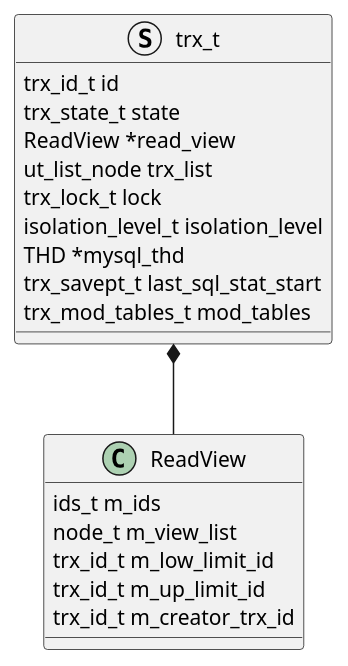
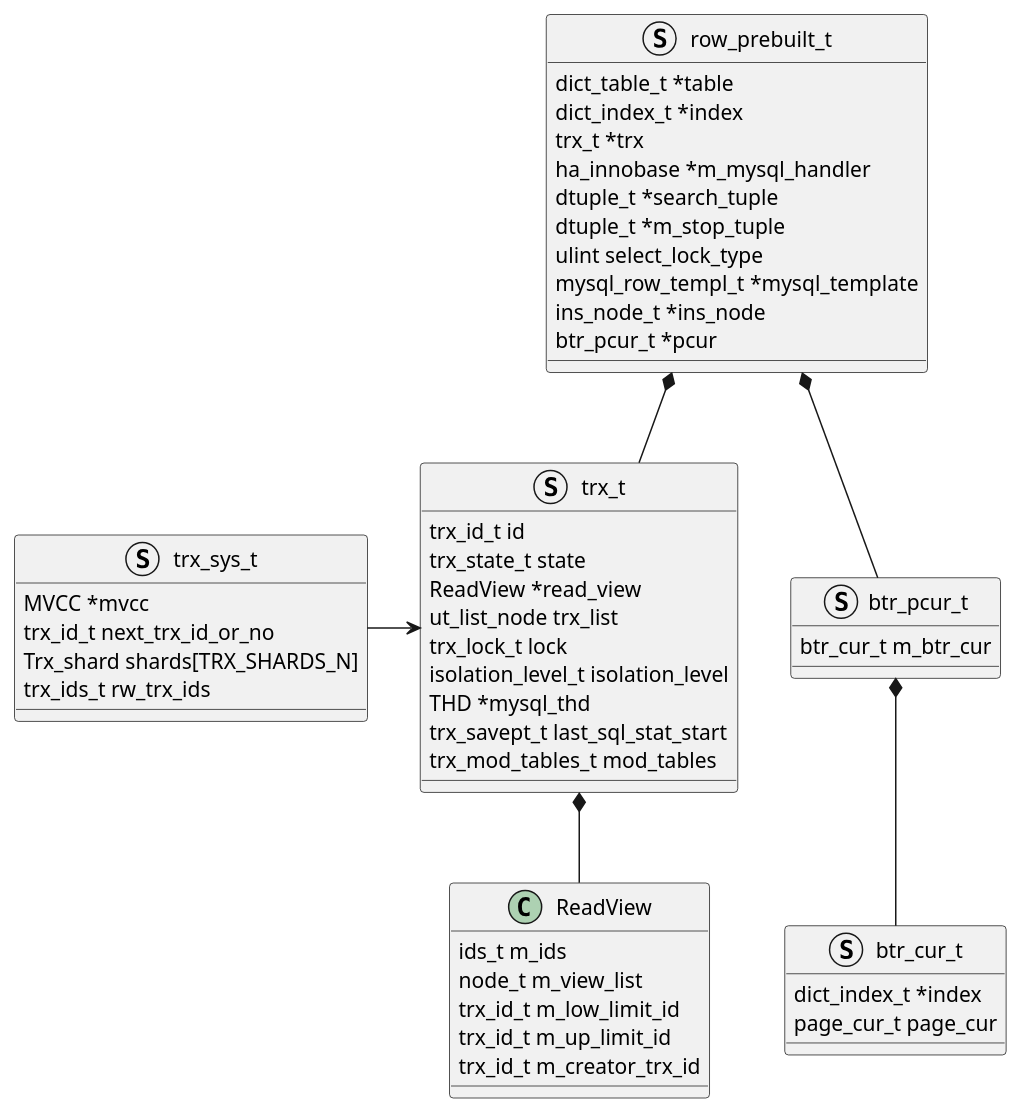
The third of 3 diagrams in content/post/data/db/mysql/innodb/index.md (kevinwang930/kevinwang930.github.io), drawn with PlantUML before and after one commit. The commit also changed other lines of this file and 2 other files, not shown here.

````diff
--- a/content/post/data/db/mysql/innodb/index.md
+++ b/content/post/data/db/mysql/innodb/index.md
@@ -295,26 +317,60 @@
 ```plantuml
 struct trx_t {
   trx_id_t id
   trx_state_t state
   ReadView *read_view
   ut_list_node trx_list
   trx_lock_t lock
   isolation_level_t isolation_level
   THD *mysql_thd
   trx_savept_t last_sql_stat_start
   trx_mod_tables_t mod_tables
 }
 
 class ReadView {
   ids_t m_ids
   node_t m_view_list
   trx_id_t m_low_limit_id
   trx_id_t m_up_limit_id
   trx_id_t m_creator_trx_id
 }
 
+struct trx_sys_t {
+  MVCC *mvcc
+  trx_id_t next_trx_id_or_no
+  Trx_shard shards[TRX_SHARDS_N]
+  trx_ids_t rw_trx_ids
+}
+
+
+struct  row_prebuilt_t {
+  dict_table_t *table
+  dict_index_t *index
+  trx_t *trx
+  ha_innobase *m_mysql_handler
+  dtuple_t *search_tuple
+  dtuple_t *m_stop_tuple
+  ulint select_lock_type
+  mysql_row_templ_t *mysql_template
+  ins_node_t *ins_node
+  btr_pcur_t *pcur
+}
+
+struct btr_pcur_t {
+  btr_cur_t m_btr_cur
+  
+}
+struct btr_cur_t {
+dict_index_t *index
+page_cur_t page_cur
+}
+
+row_prebuilt_t *-- btr_pcur_t
+btr_pcur_t *-- btr_cur_t
+
+row_prebuilt_t *-- trx_t
 trx_t *-- ReadView
-
+trx_sys_t -> trx_t
 
 
 ```
````
